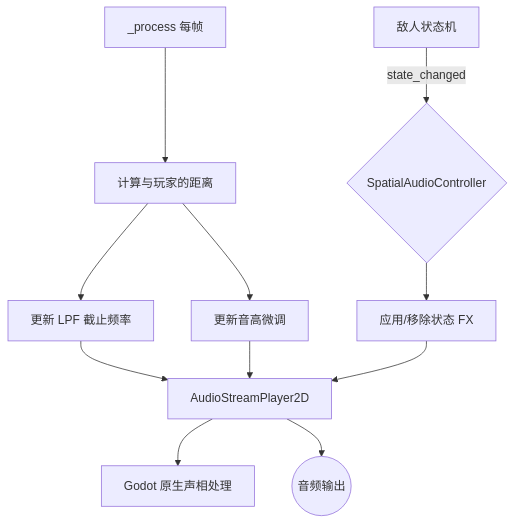
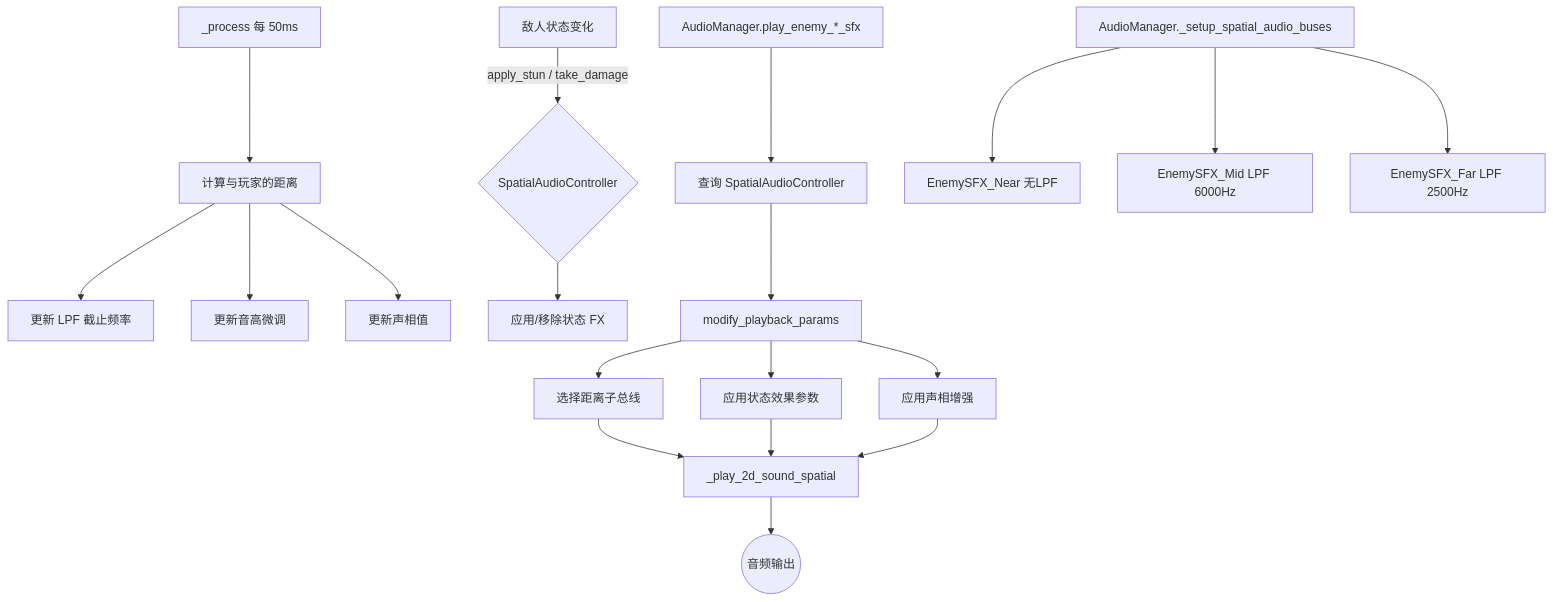
The diagram in Docs/Optimization_Modules/OPT06_SpatialAudioInformationDelivery.md (gdszyy/project-harmony-gdd), drawn with Mermaid before and after one commit. The commit also changed other lines of this file and 5 other files, not shown here.

````diff
--- a/Docs/Optimization_Modules/OPT06_SpatialAudioInformationDelivery.md
+++ b/Docs/Optimization_Modules/OPT06_SpatialAudioInformationDelivery.md
@@ -197,14 +199,23 @@
 ```mermaid
 graph TD
-    A[敌人状态机] -->|state_changed| B{SpatialAudioController}
-    C[_process 每帧] --> D[计算与玩家的距离]
+    A[敌人状态变化] -->|apply_stun / take_damage| B{SpatialAudioController}
+    C[_process 每 50ms] --> D[计算与玩家的距离]
     D --> E[更新 LPF 截止频率]
     D --> F[更新音高微调]
-    B --> G[应用/移除状态 FX]
+    D --> G[更新声相值]
+    B --> H[应用/移除状态 FX]
     
-    H[AudioStreamPlayer2D] --> I[Godot 原生声相处理]
-    E --> H
-    F --> H
-    G --> H
-    H --> J((音频输出))
+    I[AudioManager.play_enemy_*_sfx] --> J[查询 SpatialAudioController]
+    J --> K[modify_playback_params]
+    K --> L[选择距离子总线]
+    K --> M[应用状态效果参数]
+    K --> N[应用声相增强]
+    L --> O[_play_2d_sound_spatial]
+    M --> O
+    N --> O
+    O --> P((音频输出))
+    
+    Q[AudioManager._setup_spatial_audio_buses] --> R[EnemySFX_Near 无LPF]
+    Q --> S[EnemySFX_Mid LPF 6000Hz]
+    Q --> T[EnemySFX_Far LPF 2500Hz]
 ```
````
